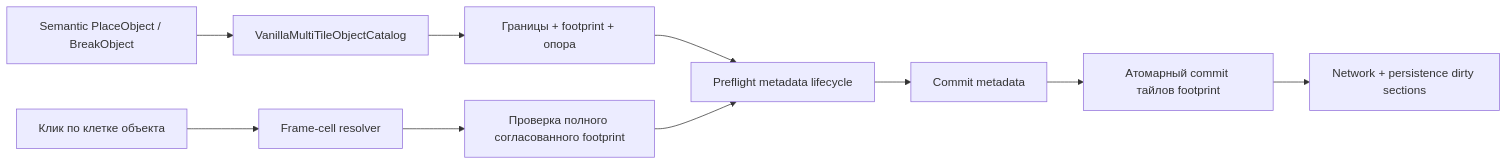
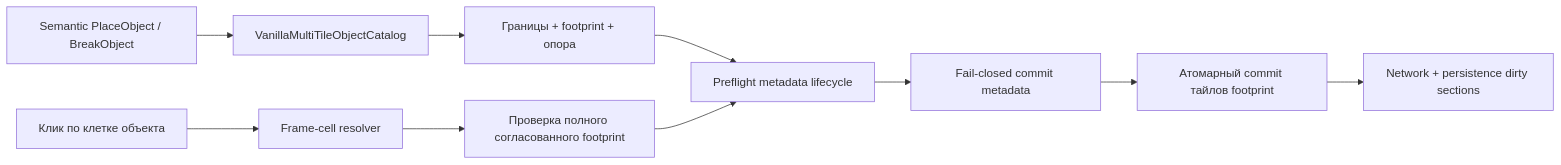
One commit to VegaKernel/TerraRuntime changed the diagram in docs/ru/multi-tile-object-mutations.md. Above: the diagram before and after it, drawn with Mermaid. The commit also changed other lines of this file and 7 other files, not shown here.

````diff
--- a/docs/ru/multi-tile-object-mutations.md
+++ b/docs/ru/multi-tile-object-mutations.md
@@ -7,13 +7,13 @@
 ```mermaid
 flowchart LR
     Command["Semantic PlaceObject / BreakObject"] --> Catalog["VanillaMultiTileObjectCatalog"]
     Catalog --> Preflight["Границы + footprint + опора"]
     Preflight --> MetadataCheck["Preflight metadata lifecycle"]
-    MetadataCheck --> MetadataCommit["Commit metadata"]
+    MetadataCheck --> MetadataCommit["Fail-closed commit metadata"]
     MetadataCommit --> Tiles["Атомарный commit тайлов footprint"]
     Tiles --> Dirty["Network + persistence dirty sections"]
 
     Click["Клик по клетке объекта"] --> Resolve["Frame-cell resolver"]
     Resolve --> Coherent["Проверка полного согласованного footprint"]
     Coherent --> MetadataCheck
 ```
````
